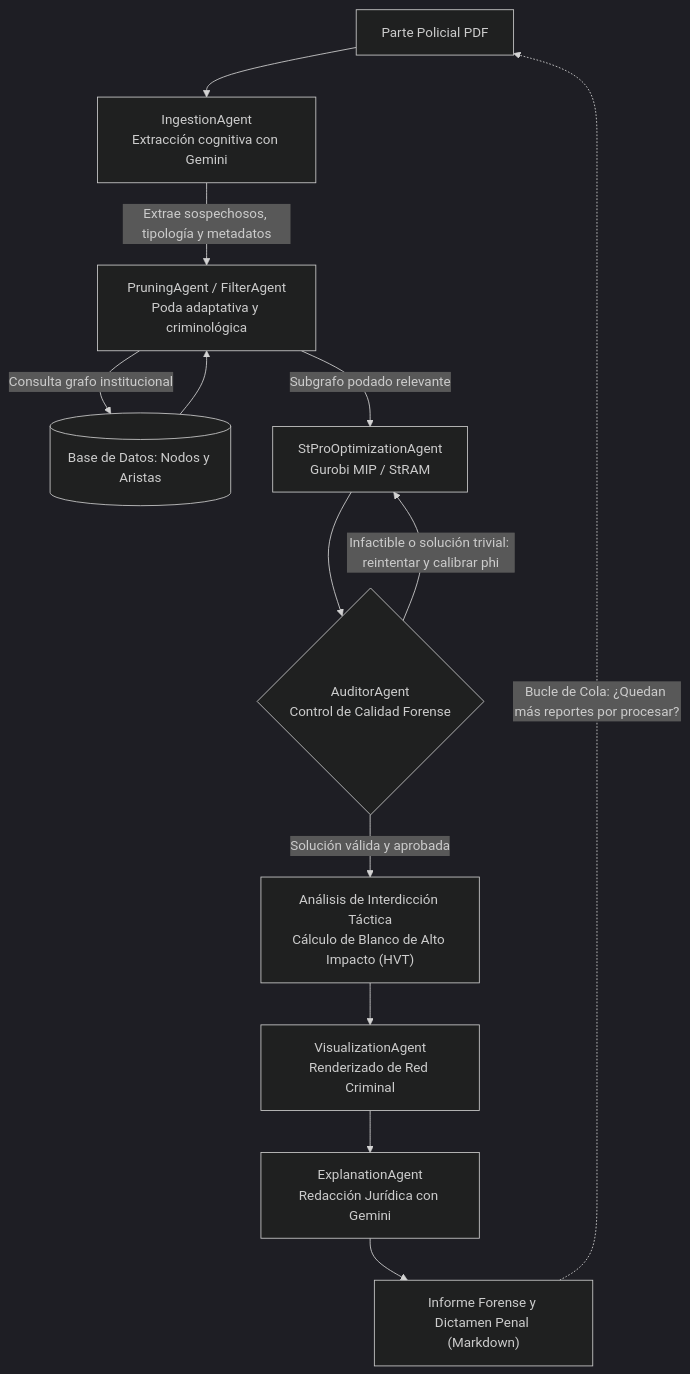
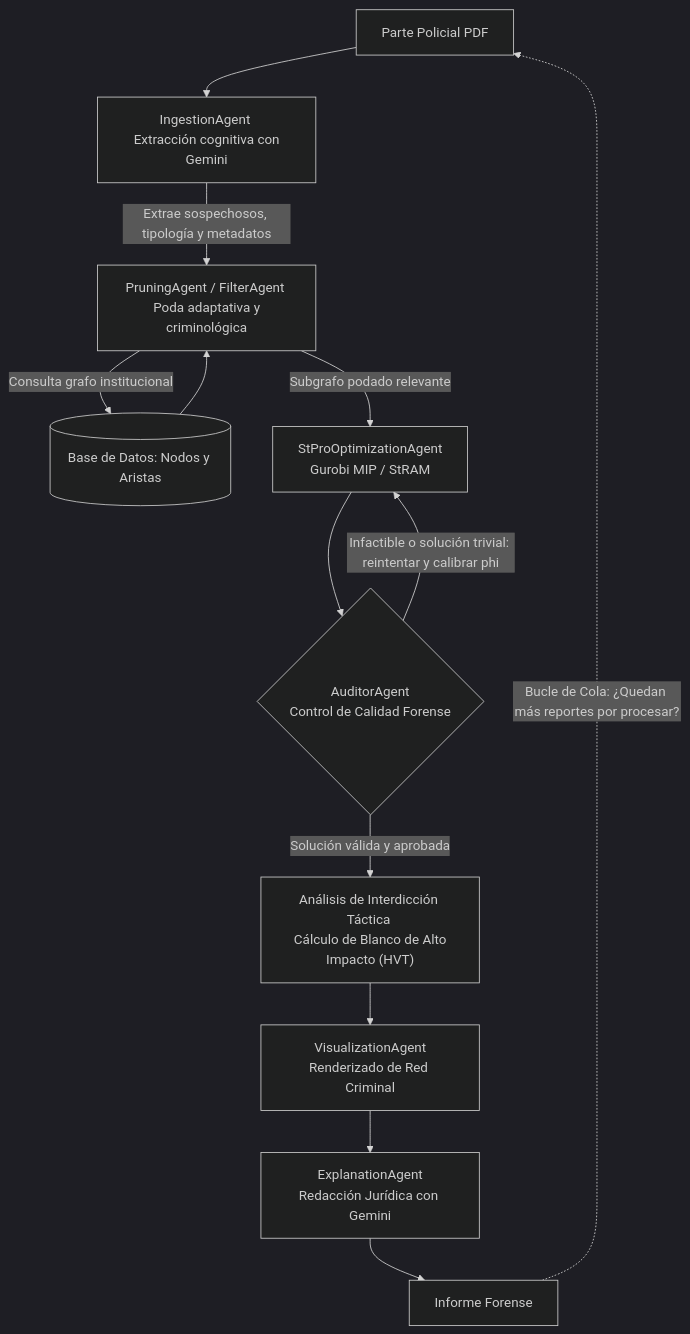
Before and after one commit to MGS100802/TESIS_FISCALIA: the diagram in README.md, drawn with Mermaid (dark theme).

Commit message:
Actualizar README.md

````diff
--- a/README.md
+++ b/README.md
@@ -17,21 +17,21 @@
 ```mermaid
 flowchart TD
-    A["Parte Policial PDF"] --> B["IngestionAgent<br>Extracción cognitiva con Gemini"]
-    B -->|"Extrae sospechosos, tipología y metadatos"| C["PruningAgent / FilterAgent<br>Poda adaptativa y criminológica"]
+    A["Parte Policial PDF"] --> B["IngestionAgent <br> Extracción cognitiva con Gemini"]
+    B -->|"Extrae sospechosos, tipología y metadatos"| C["PruningAgent / FilterAgent <br> Poda adaptativa y criminológica"]
     
     C -->|"Consulta grafo institucional"| D[("Base de Datos: Nodos y Aristas")]
     D --> C
     
-    C -->|"Subgrafo podado relevante"| E["StProOptimizationAgent<br>Gurobi MIP / StRAM"]
+    C -->|"Subgrafo podado relevante"| E["StProOptimizationAgent <br> Gurobi MIP / StRAM"]
     
     E --> F{"AuditorAgent<br>Control de Calidad Forense"}
     
     F -->|"Infactible o solución trivial: reintentar y calibrar phi"| E
-    F -->|"Solución válida y aprobada"| G["Análisis de Interdicción Táctica<br>Cálculo de Blanco de Alto Impacto (HVT)"]
+    F -->|"Solución válida y aprobada"| G["Análisis de Interdicción Táctica <br> Cálculo de Blanco de Alto Impacto (HVT)"]
     
     G --> H["VisualizationAgent<br>Renderizado de Red Criminal"]
     H --> I["ExplanationAgent<br>Redacción Jurídica con Gemini"]
-    I --> J["Informe Forense y Dictamen Penal (Markdown)"]
+    I --> J["Informe Forense"]
     
     J -.->|"Bucle de Cola: ¿Quedan más reportes por procesar?"| A
 ```
````
